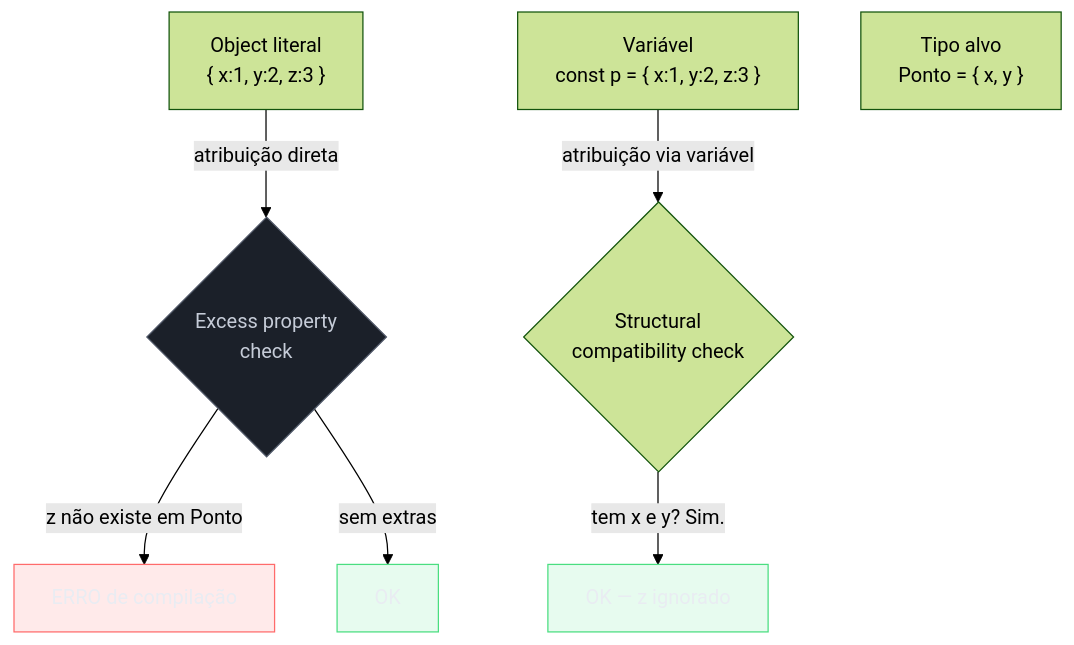
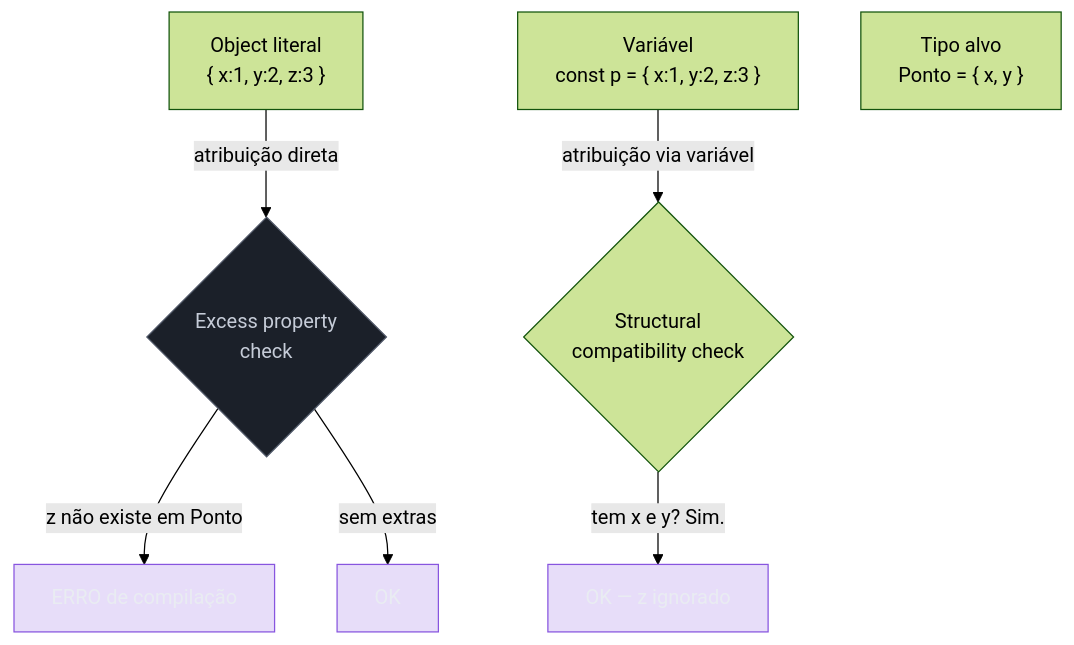
One commit to josenaldo/codex-technomanticus changed the first of 4 diagrams in 03-Dominios/Tecnologia/TypeScript/06 - Objetos - interface vs type.md. Above: the diagram before and after it, drawn with Mermaid (forest theme). The commit also changed other lines of this file and 601 other files, not shown here.

````diff
--- a/03-Dominios/Tecnologia/TypeScript/06 - Objetos - interface vs type.md
+++ b/03-Dominios/Tecnologia/TypeScript/06 - Objetos - interface vs type.md
@@ -173,21 +173,20 @@
 ```mermaid
 flowchart TD
-    classDef falha fill:#FF6B6B24,stroke:#FF6B6B,color:#E9ECF2
-    classDef ok fill:#4ADE8021,stroke:#4ADE80,color:#E9ECF2
+    classDef marca fill:#8855DF33,stroke:#8855DF,color:#E9ECF2
     classDef neutro fill:#1B2029,stroke:#4E5666,color:#C6CCD8
     LIT["Object literal<br/>{ x:1, y:2, z:3 }"]
     VAR["Variável<br/>const p = { x:1, y:2, z:3 }"]
     ANN["Tipo alvo<br/>Ponto = { x, y }"]
 
     LIT -->|"atribuição direta"| EPC{"Excess property<br/>check"}
     VAR -->|"atribuição via variável"| STRUCT{"Structural<br/>compatibility check"}
 
     EPC -->|"z não existe em Ponto"| ERR["ERRO de compilação"]
     EPC -->|"sem extras"| OK1["OK"]
     STRUCT -->|"tem x e y? Sim."| OK2["OK — z ignorado"]
 
-    class ERR falha
-    class OK1 ok
-    class OK2 ok
+    class ERR marca
+    class OK1 marca
+    class OK2 marca
     class EPC neutro
 ```
````
